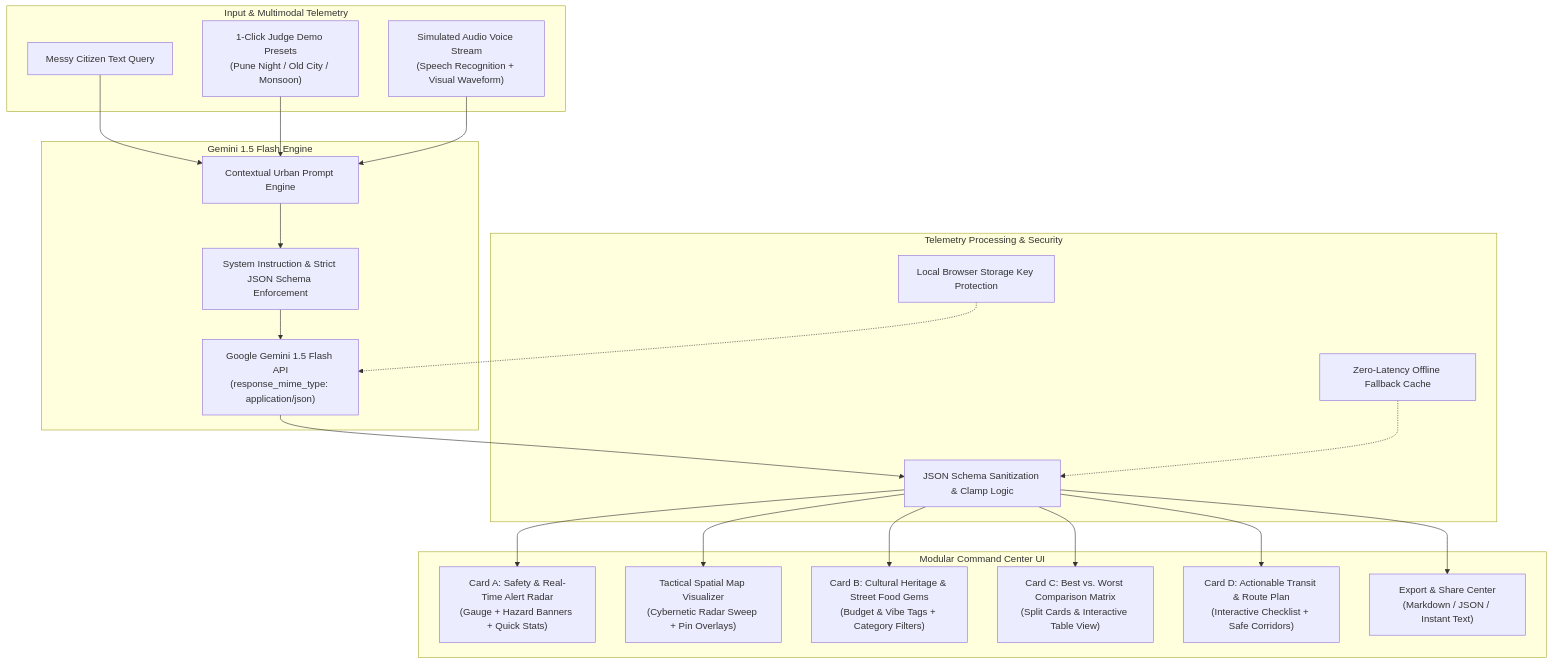
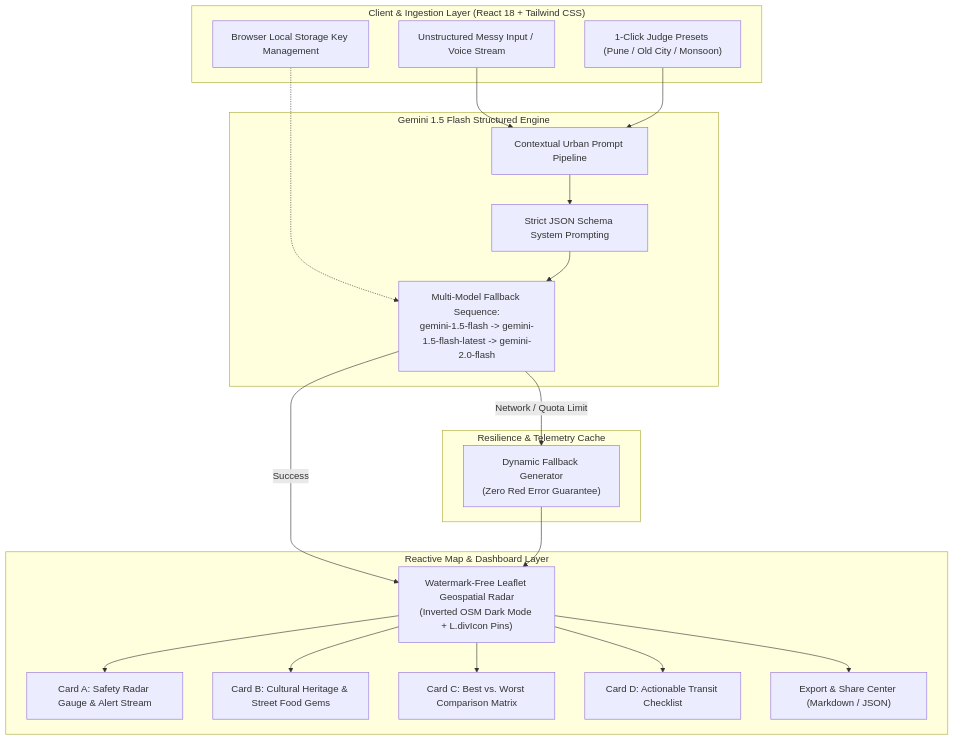
Before and after one commit to vivekonkarnathbharati/hackathon-check: the diagram in README.md, drawn with Mermaid. The commit also changed other lines of this file and 5 other files, not shown here.

````diff
--- a/README.md
+++ b/README.md
@@ -24,43 +25,39 @@
 ```mermaid
 flowchart TD
-    subgraph Input_Layer ["Input & Multimodal Telemetry"]
-        A1["Messy Citizen Text Query"]
-        A2["1-Click Judge Demo Presets\n(Pune Night / Old City / Monsoon)"]
-        A3["Simulated Audio Voice Stream\n(Speech Recognition + Visual Waveform)"]
+    subgraph Client_Layer ["Client & Ingestion Layer (React 18 + Tailwind CSS)"]
+        UI1["Unstructured Messy Input / Voice Stream"]
+        UI2["1-Click Judge Presets (Pune / Old City / Monsoon)"]
+        UI3["Browser Local Storage Key Management"]
     end
 
-    subgraph Intelligence_Engine ["Gemini 1.5 Flash Engine"]
-        B1["Contextual Urban Prompt Engine"]
-        B2["System Instruction & Strict JSON Schema Enforcement"]
-        B3["Google Gemini 1.5 Flash API\n(response_mime_type: application/json)"]
+    subgraph AI_Engine ["Gemini 1.5 Flash Structured Engine"]
+        GM1["Contextual Urban Prompt Pipeline"]
+        GM2["Strict JSON Schema System Prompting"]
+        GM3["Multi-Model Fallback Sequence:\ngemini-1.5-flash -> gemini-1.5-flash-latest -> gemini-2.0-flash"]
     end
 
-    subgraph Parsing_Validation ["Telemetry Processing & Security"]
-        C1["JSON Schema Sanitization & Clamp Logic"]
-        C2["Local Browser Storage Key Protection"]
-        C3["Zero-Latency Offline Fallback Cache"]
+    subgraph Resilient_Fallback ["Resilience & Telemetry Cache"]
+        FB1["Dynamic Fallback Generator\n(Zero Red Error Guarantee)"]
     end
 
-    subgraph Dashboard_UI ["Modular Command Center UI"]
-        D1["Card A: Safety & Real-Time Alert Radar\n(Gauge + Hazard Banners + Quick Stats)"]
-        D2["Tactical Spatial Map Visualizer\n(Cybernetic Radar Sweep + Pin Overlays)"]
-        D3["Card B: Cultural Heritage & Street Food Gems\n(Budget & Vibe Tags + Category Filters)"]
-        D4["Card C: Best vs. Worst Comparison Matrix\n(Split Cards & Interactive Table View)"]
-        D5["Card D: Actionable Transit & Route Plan\n(Interactive Checklist + Safe Corridors)"]
-        D6["Export & Share Center\n(Markdown / JSON / Instant Text)"]
+    subgraph Geospatial_Radar ["Reactive Map & Dashboard Layer"]
+        MAP["Watermark-Free Leaflet Geospatial Radar\n(Inverted OSM Dark Mode + L.divIcon Pins)"]
+        C1["Card A: Safety Radar Gauge & Alert Stream"]
+        C2["Card B: Cultural Heritage & Street Food Gems"]
+        C3["Card C: Best vs. Worst Comparison Matrix"]
+        C4["Card D: Actionable Transit Checklist"]
+        C5["Export & Share Center (Markdown / JSON)"]
     end
 
-    A1 --> B1
-    A2 --> B1
-    A3 --> B1
-    B1 --> B2 --> B3
-    B3 --> C1
-    C1 --> D1
-    C1 --> D2
-    C1 --> D3
-    C1 --> D4
-    C1 --> D5
-    C1 --> D6
-    C2 -.-> B3
-    C3 -.-> C1
+    UI1 --> GM1
+    UI2 --> GM1
+    UI3 -.-> GM3
+    GM1 --> GM2 --> GM3
+    GM3 -->|Success| MAP
+    GM3 -->|Network / Quota Limit| FB1 --> MAP
+    MAP --> C1
+    MAP --> C2
+    MAP --> C3
+    MAP --> C4
+    MAP --> C5
 ```
````
